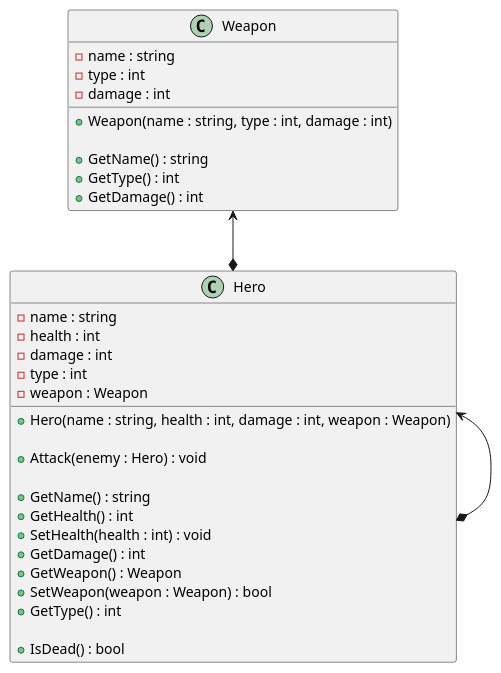
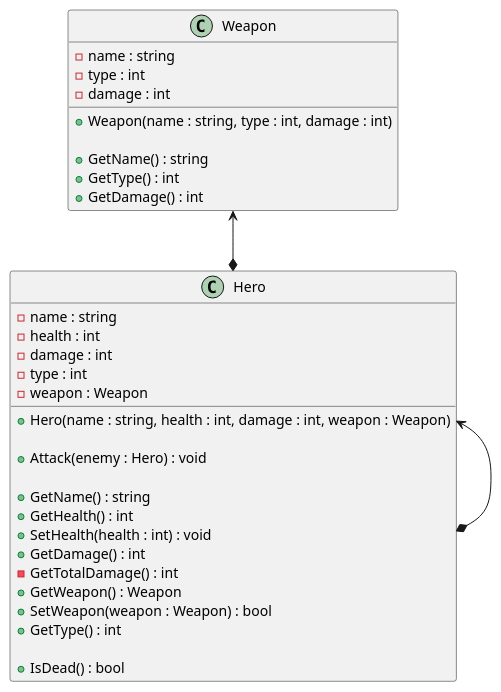
One commit to anst-foto/Heroes_5 changed the diagram in class_diagram.puml. Above: the diagram before and after it, drawn with PlantUML. The commit also changed 2 other files, not shown here.

```diff
--- a/class_diagram.puml
+++ b/class_diagram.puml
@@ -1,39 +1,40 @@
 @startuml
 
 class Weapon {
 - name : string
 - type : int
 - damage : int
 
 + Weapon(name : string, type : int, damage : int)
 
 + GetName() : string
 + GetType() : int
 + GetDamage() : int
 }
 
 Weapon <--* Hero
 Hero <--* Hero
 class Hero{
 - name : string
 - health : int
 - damage : int
 - type : int
 - weapon : Weapon
 
 + Hero(name : string, health : int, damage : int, weapon : Weapon)
 
 + Attack(enemy : Hero) : void
 
 + GetName() : string
 + GetHealth() : int
 + SetHealth(health : int) : void
 + GetDamage() : int
+- GetTotalDamage() : int
 + GetWeapon() : Weapon
 + SetWeapon(weapon : Weapon) : bool
 + GetType() : int
 
 + IsDead() : bool
 }
 
 @enduml
```
